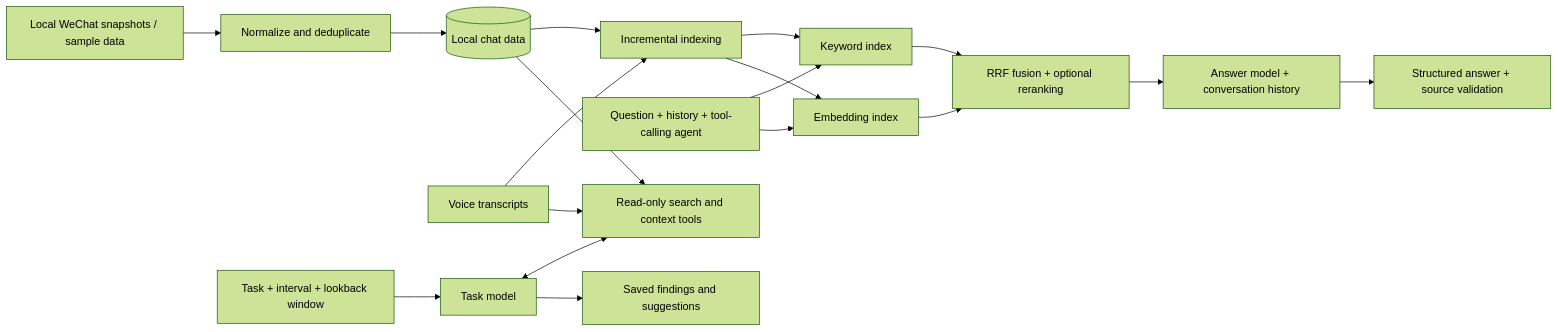
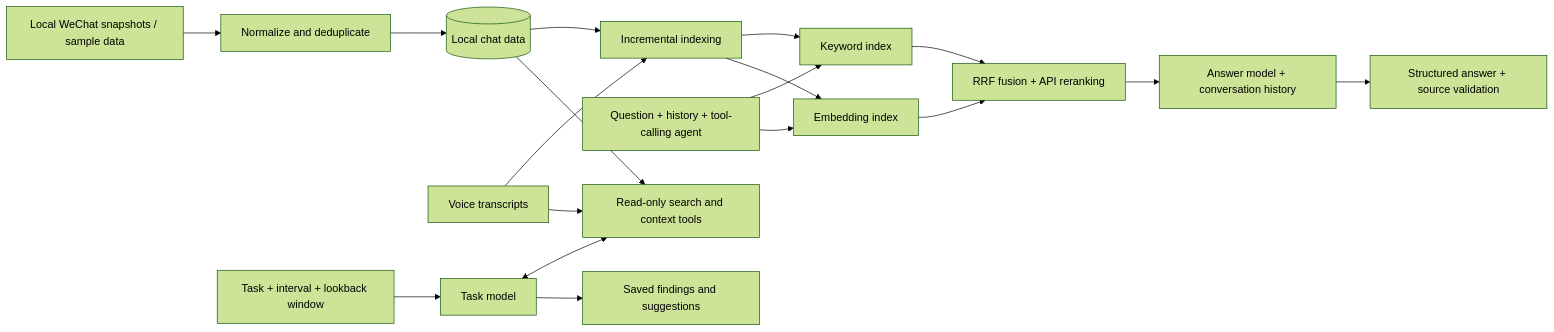
Before and after one commit to Fongkai777/wechat-agent: the diagram in README.md, drawn with Mermaid (forest theme). The commit also changed other lines of this file and 26 other files, not shown here.

````diff
--- a/README.md
+++ b/README.md
@@ -128,20 +128,20 @@
 ```mermaid
 flowchart LR
     A[Local WeChat snapshots / sample data] --> B[Normalize and deduplicate]
     B --> C[(Local chat data)]
     V[Voice transcripts] --> I[Incremental indexing]
     C --> I
     I --> K[Keyword index]
     I --> E[Embedding index]
     Q[Question + history + tool-calling agent] --> K
     Q --> E
-    K --> R[RRF fusion + optional reranking]
+    K --> R[RRF fusion + API reranking]
     E --> R
     R --> G[Answer model + conversation history]
     G --> O[Structured answer + source validation]
     T[Task + interval + lookback window] --> H[Task model]
     H <--> S[Read-only search and context tools]
     C --> S
     V --> S
     H --> P[Saved findings and suggestions]
 ```
````
